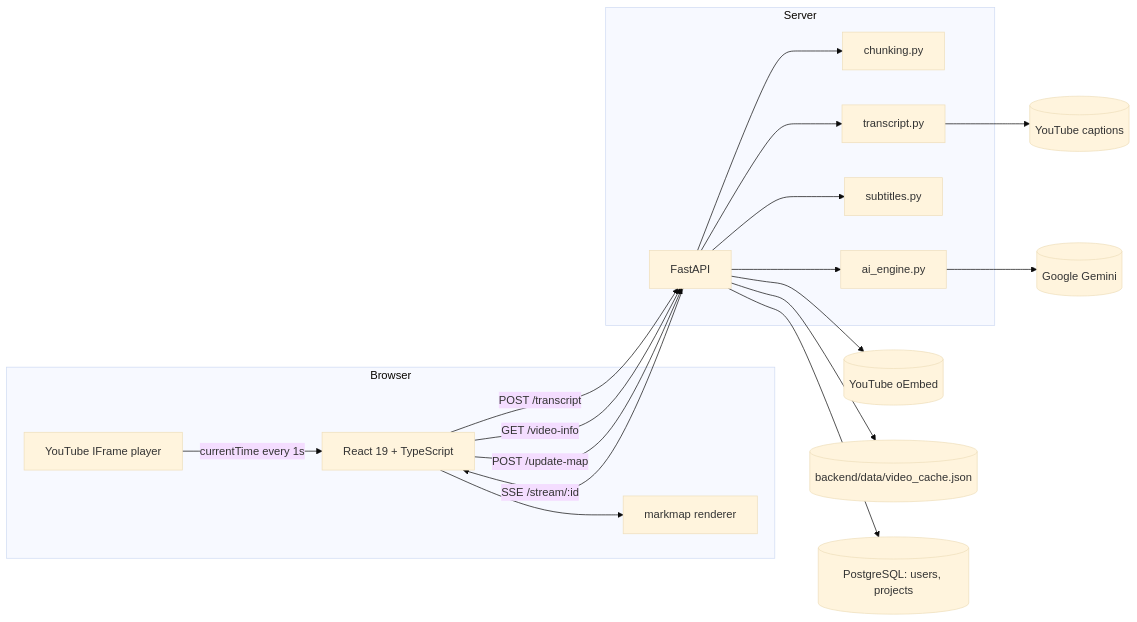
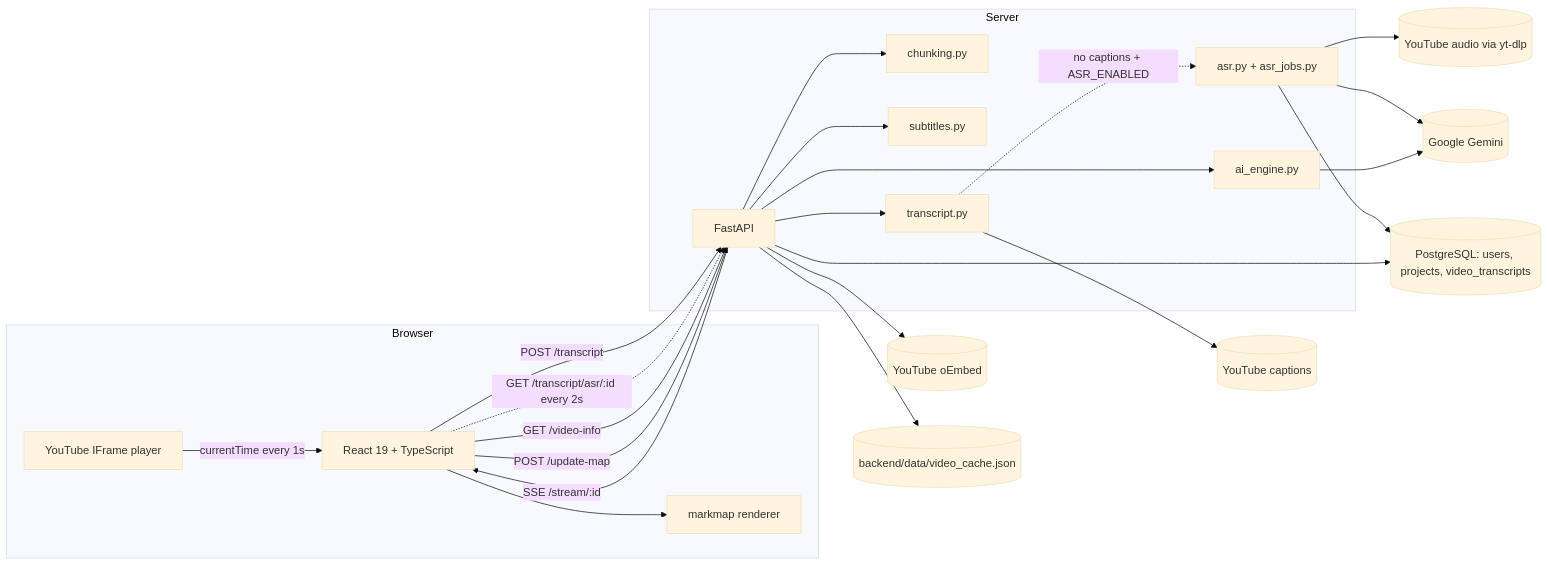
Before and after one commit to KivicDu/yt-mindmap: the first of 2 diagrams in docs/architecture.md, drawn with Mermaid (base theme). The commit also changed other lines of this file and 4 other files, not shown here.

````diff
--- a/docs/architecture.md
+++ b/docs/architecture.md
@@ -10,36 +10,43 @@
 ```mermaid
 flowchart LR
     subgraph Browser
         UI[React 19 + TypeScript]
         YT[YouTube IFrame player]
         MM[markmap renderer]
     end
 
     subgraph Server
         API[FastAPI]
         CH[chunking.py]
         AI[ai_engine.py]
         ST[subtitles.py]
         TR[transcript.py]
+        ASR[asr.py + asr_jobs.py]
     end
 
     GEMINI[(Google Gemini)]
     CAPTIONS[(YouTube captions)]
+    AUDIO[(YouTube audio via yt-dlp)]
     OEMBED[(YouTube oEmbed)]
     CACHE[(backend/data/video_cache.json)]
-    DB[(PostgreSQL: users, projects)]
+    DB[(PostgreSQL: users, projects, video_transcripts)]
 
     UI -->|POST /transcript| API
     API --> TR --> CAPTIONS
+    TR -.->|no captions + ASR_ENABLED| ASR
+    ASR --> AUDIO
+    ASR --> GEMINI
+    ASR --> DB
+    UI -.->|GET /transcript/asr/:id every 2s| API
     UI -->|GET /video-info| API
     API --> OEMBED
     API --> ST
     API --> CH
     API --> AI --> GEMINI
     API --> CACHE
     API --> DB
     UI -->|POST /update-map| API
     API -->|SSE /stream/:id| UI
     UI --> MM
     YT -->|currentTime every 1s| UI
 ```
````
